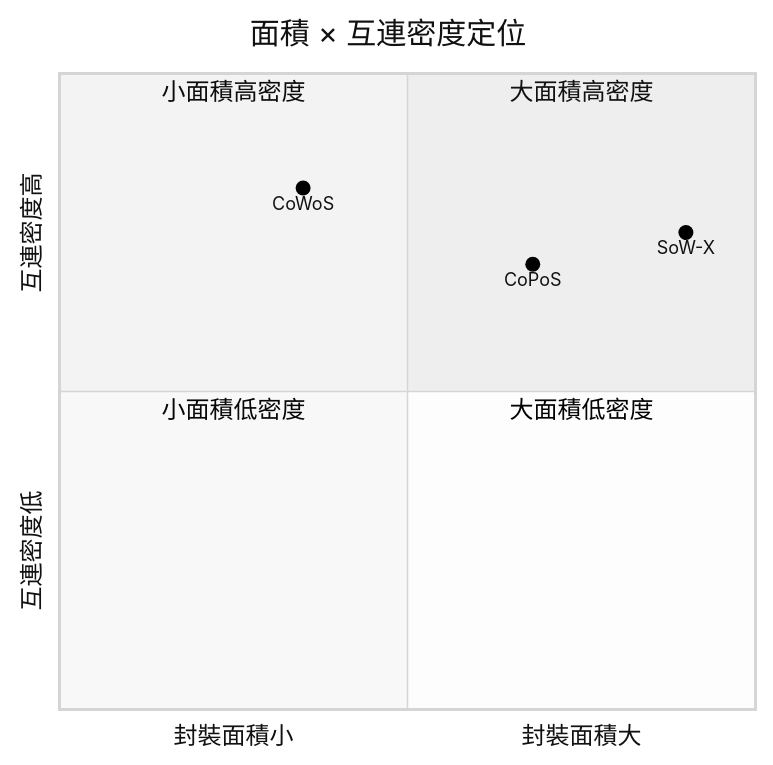
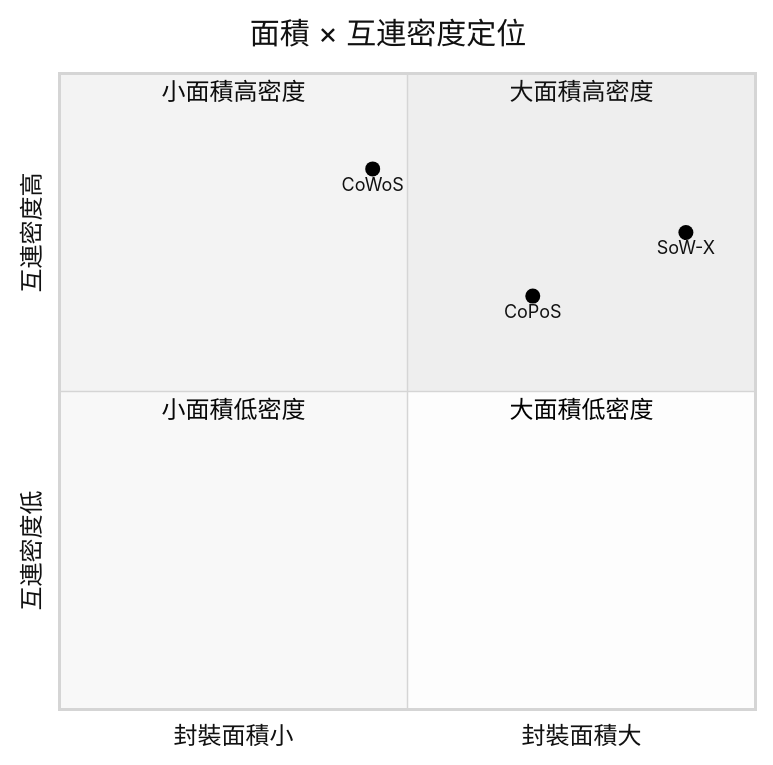
Before and after one commit to wizardhsiehcom/book: the second of 2 diagrams in docs/copos/11-copos-vs-alternatives.md, drawn with Mermaid (neutral theme). The commit also changed other lines of this file and 33 other files, not shown here.

````diff
--- a/docs/copos/11-copos-vs-alternatives.md
+++ b/docs/copos/11-copos-vs-alternatives.md
@@ -43,13 +57,13 @@
 ```mermaid
 quadrantChart
     title 面積 × 互連密度定位
-    x-axis 封裝面積小 --> 封裝面積大
-    y-axis 互連密度低 --> 互連密度高
-    quadrant-1 大面積高密度
-    quadrant-2 小面積高密度
-    quadrant-3 小面積低密度
-    quadrant-4 大面積低密度
-    CoWoS: [0.35, 0.82]
-    CoPoS: [0.68, 0.7]
+    x-axis "封裝面積小" --> "封裝面積大"
+    y-axis "互連密度低" --> "互連密度高"
+    quadrant-1 "大面積高密度"
+    quadrant-2 "小面積高密度"
+    quadrant-3 "小面積低密度"
+    quadrant-4 "大面積低密度"
+    CoWoS: [0.45, 0.85]
+    CoPoS: [0.68, 0.65]
     SoW-X: [0.9, 0.75]
 ```
````
